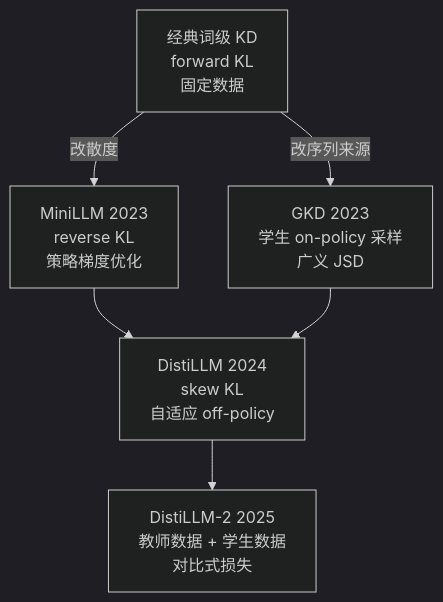
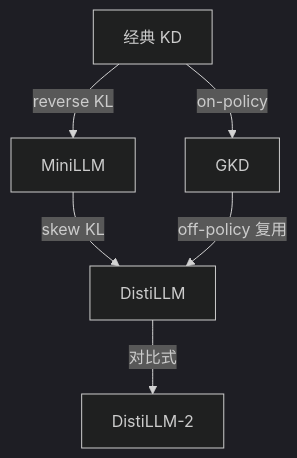
Before and after one commit to BrenchCC/llm-compass: the diagram in docs/distillation/white-box.md, drawn with Mermaid (dark theme). The commit also changed 1 other file, not shown here.

Commit message:
fix: correct white-box Mermaid diagram rendering
- Center Mermaid SVG output inside documentation panels
- Allow Mermaid foreignObject labels to render without clipping
- Simplify the white-box distillation flowchart labels and add accessibility metadata

````diff
--- a/docs/distillation/white-box.md
+++ b/docs/distillation/white-box.md
@@ -23,14 +23,17 @@
 ```mermaid
 flowchart TD
-    KD["经典词级 KD<br>forward KL<br>固定数据"]
-    MINI["MiniLLM 2023<br>reverse KL<br>策略梯度优化"]
-    GKD["GKD 2023<br>学生 on-policy 采样<br>广义 JSD"]
-    DLLM["DistiLLM 2024<br>skew KL<br>自适应 off-policy"]
-    DLLM2["DistiLLM-2 2025<br>教师数据 + 学生数据<br>对比式损失"]
+    accTitle: 白盒蒸馏方法演进
+    accDescr: 这张图展示从经典词级 KD 到 MiniLLM、GKD、DistiLLM 与 DistiLLM-2 的方法演进关系。
 
-    KD -->|"改散度"| MINI
-    KD -->|"改序列来源"| GKD
-    MINI --> DLLM
-    GKD --> DLLM
-    DLLM --> DLLM2
+    token_kd["经典 KD"]
+    minillm["MiniLLM"]
+    gkd["GKD"]
+    distillm["DistiLLM"]
+    distillm_2["DistiLLM-2"]
+
+    token_kd -->|"reverse KL"| minillm
+    token_kd -->|"on-policy"| gkd
+    minillm -->|"skew KL"| distillm
+    gkd -->|"off-policy 复用"| distillm
+    distillm -->|"对比式"| distillm_2
 ```
````
